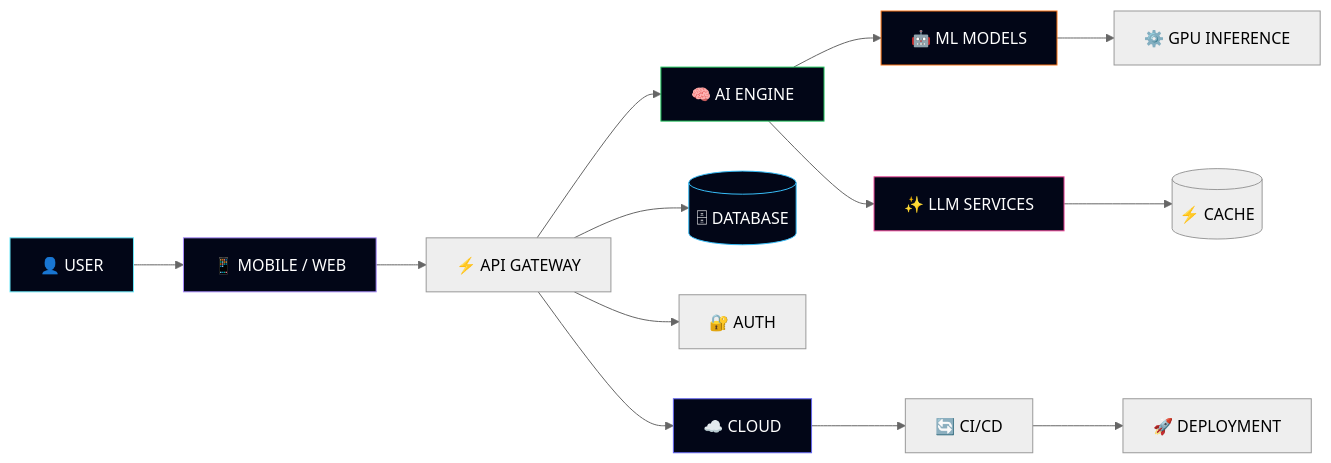
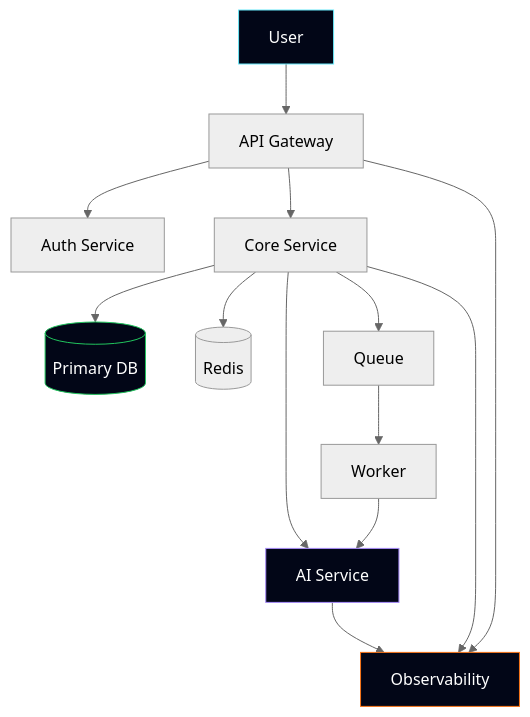
One commit to avinash9354/avinash9354 changed the third of 5 diagrams in README.md. Above: the diagram before and after it, drawn with Mermaid (neutral theme). The commit also changed other lines of this file, not shown here.

````diff
--- a/README.md
+++ b/README.md
@@ -234,30 +708,33 @@
 ```mermaid
-flowchart LR
+flowchart TB
 
-    U[👤 USER] --> APP[📱 MOBILE / WEB]
+USER[User]
+API[API Gateway]
+AUTH[Auth Service]
+CORE[Core Service]
+AI[AI Service]
+DB[(Primary DB)]
+CACHE[(Redis)]
+QUEUE[Queue]
+WORKER[Worker]
+OBS[Observability]
 
-    APP --> API[⚡ API GATEWAY]
+USER --> API
+API --> AUTH
+API --> CORE
+CORE --> DB
+CORE --> CACHE
+CORE --> AI
+CORE --> QUEUE
+QUEUE --> WORKER
+WORKER --> AI
 
-    API --> AI[🧠 AI ENGINE]
-    API --> DB[(🗄 DATABASE)]
-    API --> AUTH[🔐 AUTH]
+API --> OBS
+CORE --> OBS
+AI --> OBS
 
-    AI --> ML[🤖 ML MODELS]
-    AI --> LLM[✨ LLM SERVICES]
-
-    ML --> GPU[⚙️ GPU INFERENCE]
-    LLM --> CACHE[(⚡ CACHE)]
-
-    API --> CLOUD[☁️ CLOUD]
-
-    CLOUD --> CI[🔄 CI/CD]
-    CI --> DEPLOY[🚀 DEPLOYMENT]
-
-    style U fill:#020617,stroke:#67e8f9,color:#fff
-    style APP fill:#020617,stroke:#a78bfa,color:#fff
-    style AI fill:#020617,stroke:#22c55e,color:#fff
-    style ML fill:#020617,stroke:#f97316,color:#fff
-    style LLM fill:#020617,stroke:#ec4899,color:#fff
-    style DB fill:#020617,stroke:#38bdf8,color:#fff
-    style CLOUD fill:#020617,stroke:#6366f1,color:#fff
+style USER fill:#020617,stroke:#67e8f9,color:#fff
+style AI fill:#020617,stroke:#a78bfa,color:#fff
+style DB fill:#020617,stroke:#22c55e,color:#fff
+style OBS fill:#020617,stroke:#f97316,color:#fff
 ```
````
